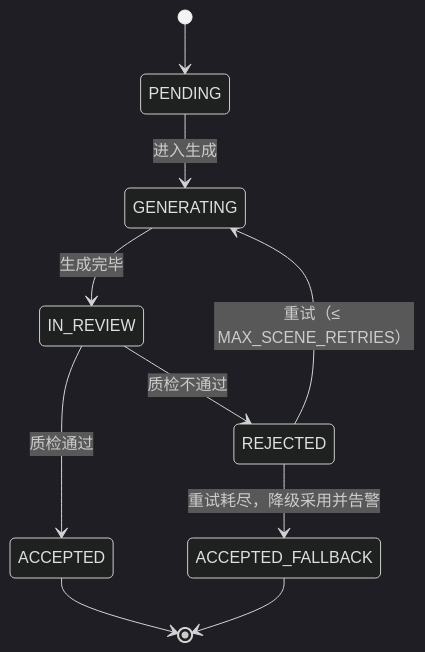
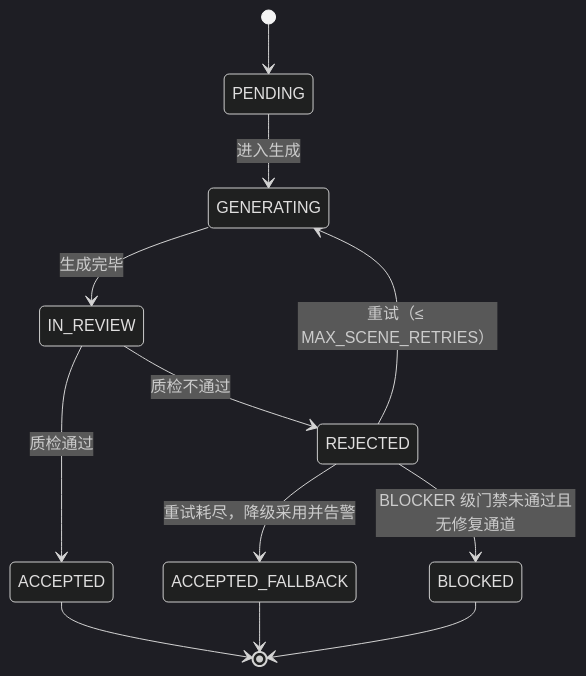
One commit to MohsiChi/aigc-motivated-ADs-workflow changed the fourth of 4 diagrams in docs/02-架构设计.md. Above: the diagram before and after it, drawn with Mermaid (dark theme). The commit also changed other lines of this file and 14 other files, not shown here.

````diff
--- a/docs/02-架构设计.md
+++ b/docs/02-架构设计.md
@@ -77,12 +77,14 @@
 ```mermaid
 stateDiagram-v2
     [*] --> PENDING
     PENDING --> GENERATING : 进入生成
     GENERATING --> IN_REVIEW : 生成完毕
     IN_REVIEW --> ACCEPTED : 质检通过
     IN_REVIEW --> REJECTED : 质检不通过
     REJECTED --> GENERATING : 重试（≤ MAX_SCENE_RETRIES）
     REJECTED --> ACCEPTED_FALLBACK : 重试耗尽，降级采用并告警
+    REJECTED --> BLOCKED : BLOCKER 级门禁未通过且无修复通道
     ACCEPTED --> [*]
     ACCEPTED_FALLBACK --> [*]
+    BLOCKED --> [*]
 ```
````
